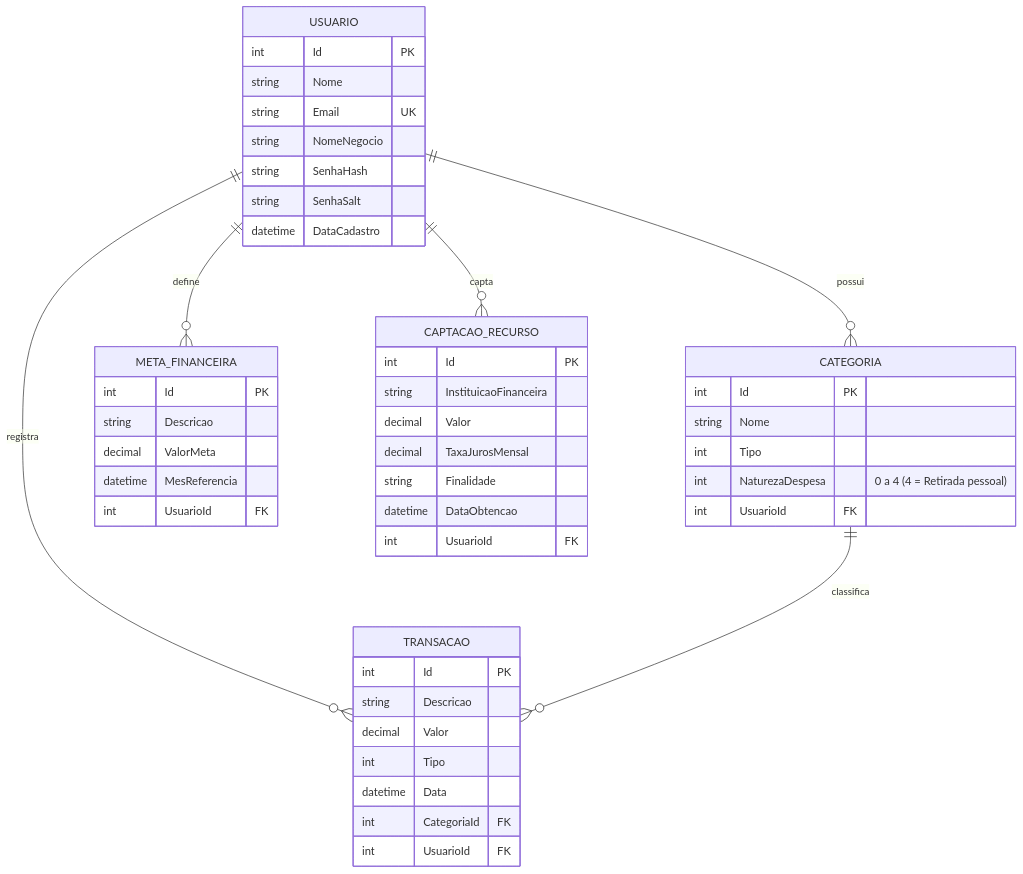
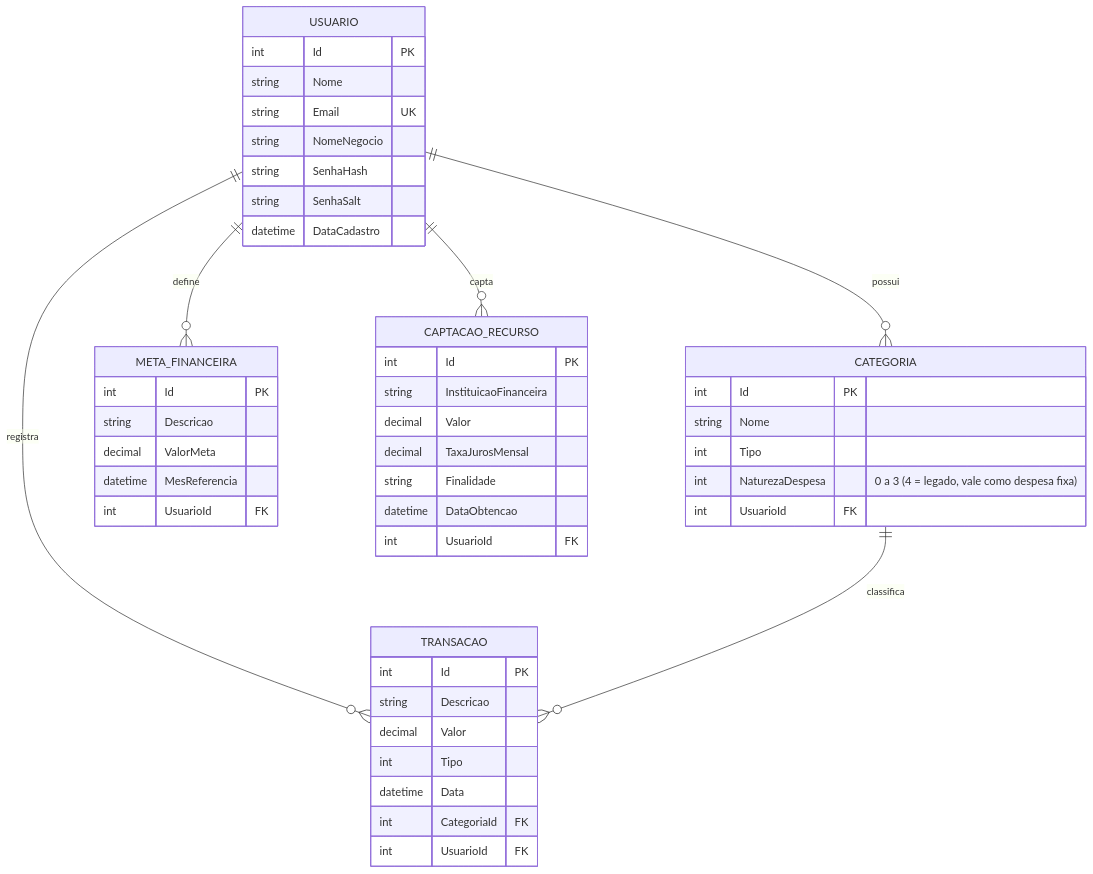
The diagram in docs/diagramas/fontes/fig6_der.mmd (profetadiario/GFMEI), drawn with Mermaid before and after one commit. The commit also changed 73 other files, not shown here.

First line of the commit message:
feat: v1.6 — pró-labore no lugar da retirada pessoal e calculadora da planilha (decisões 9 e 10)

```diff
--- a/docs/diagramas/fontes/fig6_der.mmd
+++ b/docs/diagramas/fontes/fig6_der.mmd
@@ -1,47 +1,47 @@
 erDiagram
     USUARIO ||--o{ CATEGORIA : possui
     USUARIO ||--o{ TRANSACAO : registra
     USUARIO ||--o{ META_FINANCEIRA : define
     USUARIO ||--o{ CAPTACAO_RECURSO : capta
     CATEGORIA ||--o{ TRANSACAO : classifica
     USUARIO {
         int Id PK
         string Nome
         string Email UK
         string NomeNegocio
         string SenhaHash
         string SenhaSalt
         datetime DataCadastro
     }
     CATEGORIA {
         int Id PK
         string Nome
         int Tipo
-        int NaturezaDespesa "0 a 4 (4 = Retirada pessoal)"
+        int NaturezaDespesa "0 a 3 (4 = legado, vale como despesa fixa)"
         int UsuarioId FK
     }
     TRANSACAO {
         int Id PK
         string Descricao
         decimal Valor
         int Tipo
         datetime Data
         int CategoriaId FK
         int UsuarioId FK
     }
     META_FINANCEIRA {
         int Id PK
         string Descricao
         decimal ValorMeta
         datetime MesReferencia
         int UsuarioId FK
     }
     CAPTACAO_RECURSO {
         int Id PK
         string InstituicaoFinanceira
         decimal Valor
         decimal TaxaJurosMensal
         string Finalidade
         datetime DataObtencao
         int UsuarioId FK
     }
```
